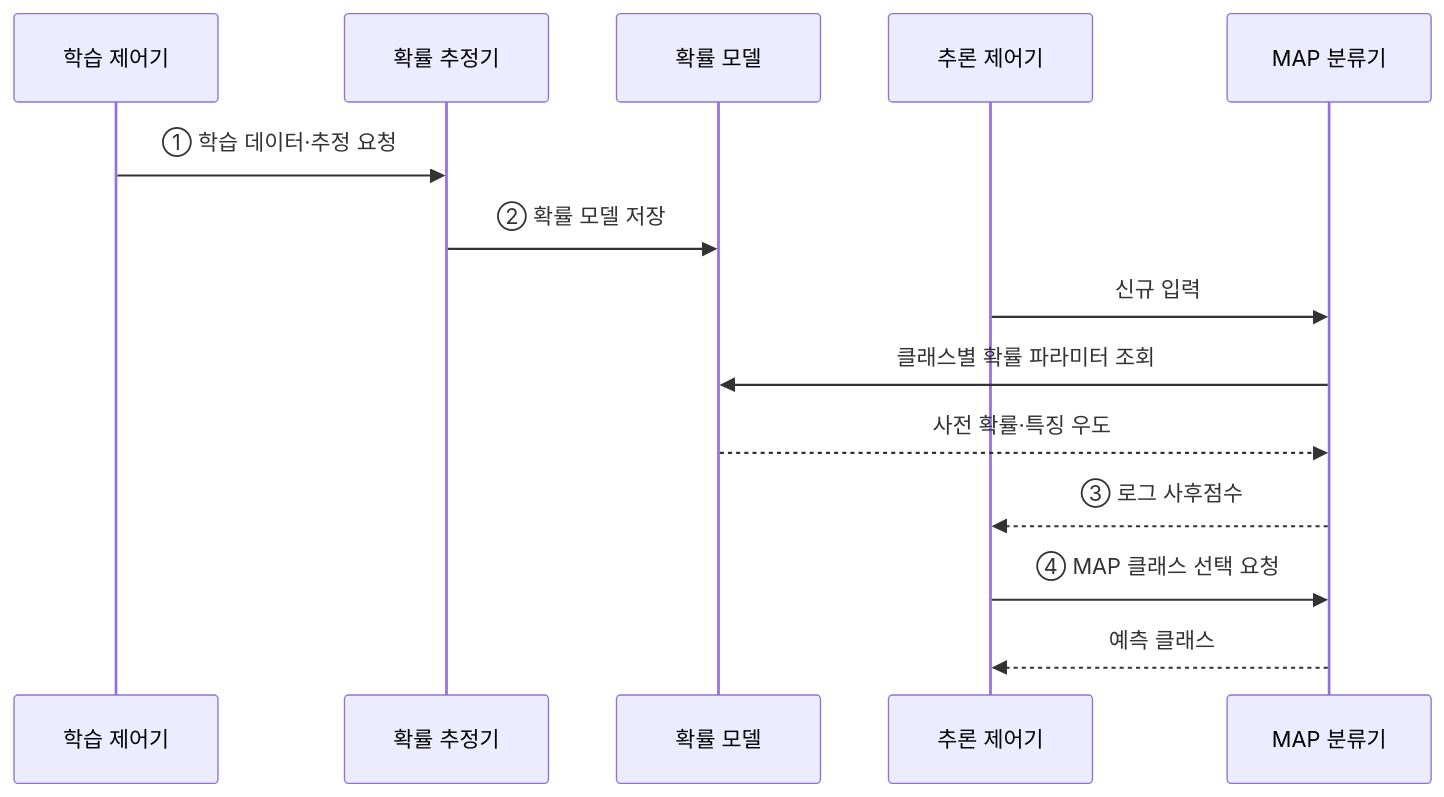
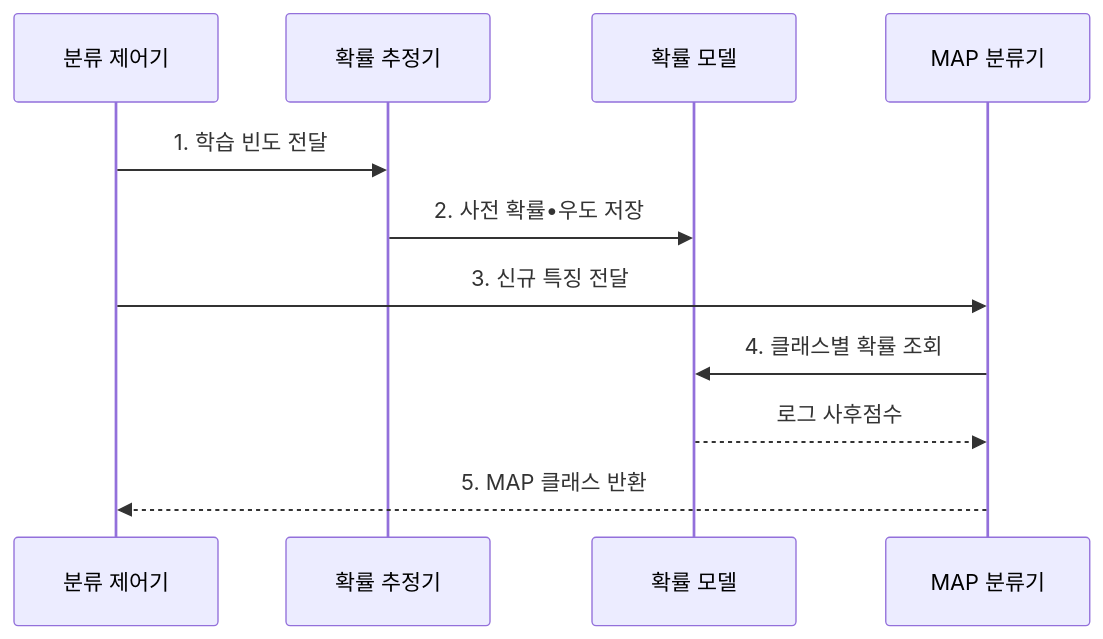
One commit to agnusdei1207/knowledge-base changed the second of 2 diagrams in src/content/docs/notes/01-basic-theory/051_naive_bayes.md. Above: the diagram before and after it, drawn with Mermaid. The commit also changed other lines of this file and 20 other files, not shown here.

````diff
--- a/src/content/docs/notes/01-basic-theory/051_naive_bayes.md
+++ b/src/content/docs/notes/01-basic-theory/051_naive_bayes.md
@@ -72,16 +80,13 @@
 ```mermaid
 sequenceDiagram
-    participant T as 학습 제어기
+    participant T as 분류 제어기
     participant E as 확률 추정기
     participant M as 확률 모델
-    participant I as 추론 제어기
     participant C as MAP 분류기
-    T->>E: ① 학습 데이터·추정 요청
-    E->>M: ② 확률 모델 저장
-    I->>C: 신규 입력
-    C->>M: 클래스별 확률 파라미터 조회
-    M-->>C: 사전 확률·특징 우도
-    C-->>I: ③ 로그 사후점수
-    I->>C: ④ MAP 클래스 선택 요청
-    C-->>I: 예측 클래스
+    T->>E: 1. 학습 빈도 전달
+    E->>M: 2. 사전 확률•우도 저장
+    T->>C: 3. 신규 특징 전달
+    C->>M: 4. 클래스별 확률 조회
+    M-->>C: 로그 사후점수
+    C-->>T: 5. MAP 클래스 반환
 ```
````
